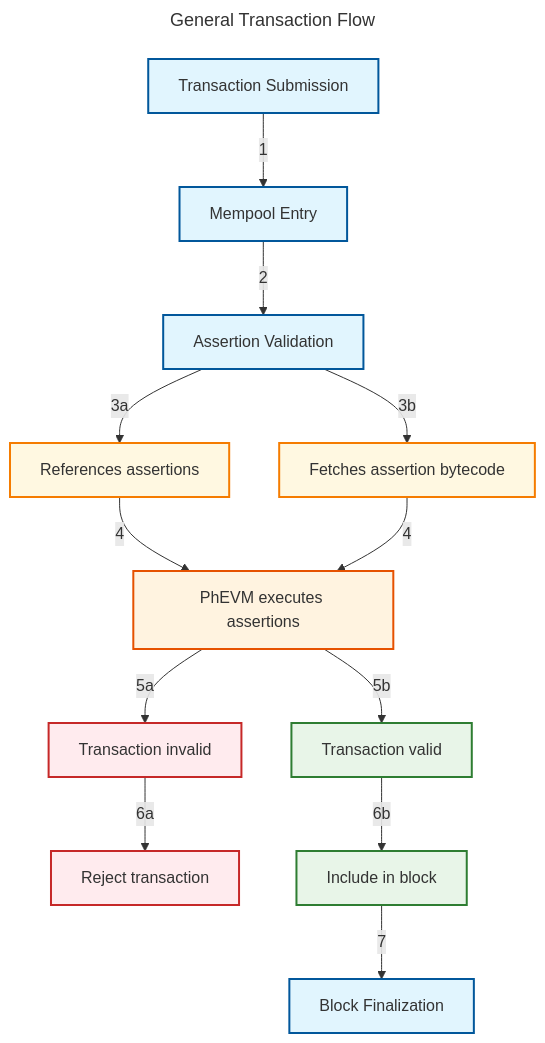
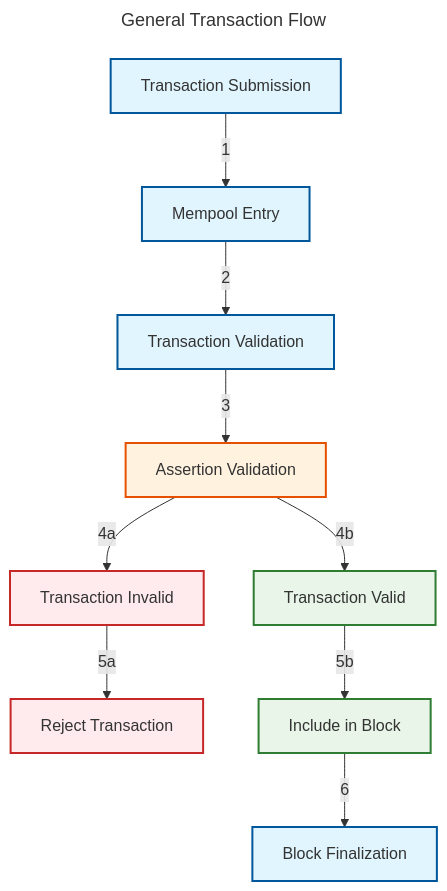
The first of 3 diagrams in credible/credible-introduction.mdx (phylaxsystems/phylax-docs), drawn with Mermaid before and after one commit. The commit also changed other lines of this file, not shown here.

Commit message:
update mermaid flow diagram, add specific assertion validation diagram, remove old diagrams, update text for tx diagram

````diff
--- a/credible/credible-introduction.mdx
+++ b/credible/credible-introduction.mdx
@@ -86,33 +85,28 @@
 ```mermaid
 ---
 title: General Transaction Flow
 ---
 flowchart TD
     TX["Transaction Submission"] -->|"1"| MP["Mempool Entry"]
-    MP -->|"2"| AV["Assertion Validation"]
-    
-    AV -->|"3a"| REF["References assertions"]
-    AV -->|"3b"| FETCH["Fetches assertion bytecode"]
-    REF -->|"4"| PhEVM["PhEVM executes assertions"]
-    FETCH -->|"4"| PhEVM
-    
-    PhEVM -->|"5a"| INVALID["Transaction invalid"]
-    PhEVM -->|"5b"| VALID["Transaction valid"]
-    
-    INVALID -->|"6a"| REJECT["Reject transaction"]
-    VALID -->|"6b"| INCLUDE["Include in block"]
-    
-    INCLUDE -->|"7"| FINAL["Block Finalization"]
-    
+    MP -->|"2"| TV["Transaction Validation"]
+
+    TV -->|"3"| AV["Assertion Validation"]
+
+    AV -->|"4a"| INVALID["Transaction Invalid"]
+    AV -->|"4b"| VALID["Transaction Valid"]
+
+    INVALID -->|"5a"| REJECT["Reject Transaction"]
+    VALID -->|"5b"| INCLUDE["Include in Block"]
+
+    INCLUDE -->|"6"| FINAL["Block Finalization"]
+
     classDef step fill:#e1f5fe,stroke:#01579b,stroke-width:2px
-    classDef fetch fill:#fff8e1,stroke:#f57c00,stroke-width:2px
-    classDef process fill:#fff3e0,stroke:#e65100,stroke-width:2px
+    classDef validation fill:#fff3e0,stroke:#e65100,stroke-width:2px
     classDef valid fill:#e8f5e8,stroke:#2e7d32,stroke-width:2px
     classDef invalid fill:#ffebee,stroke:#c62828,stroke-width:2px
-    
-    class TX,MP,AV,FINAL step
-    class REF,FETCH fetch
-    class PhEVM process
+
+    class TX,MP,TV,FINAL step
+    class AV validation
     class VALID,INCLUDE valid
     class INVALID,REJECT invalid
 ```
````
